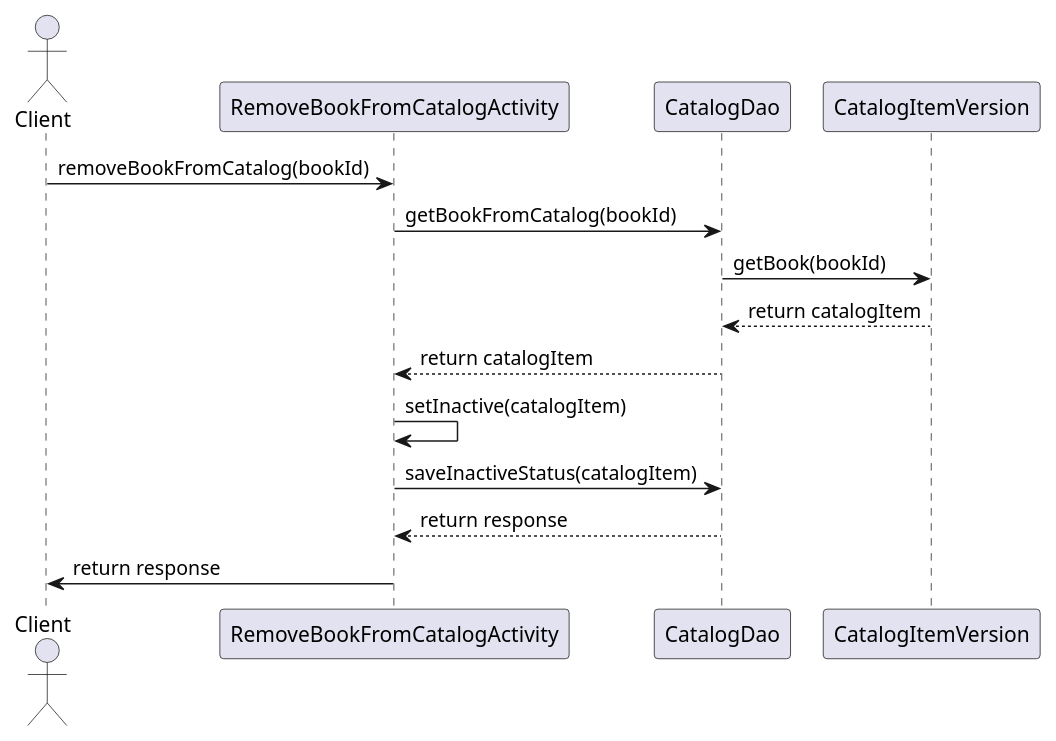
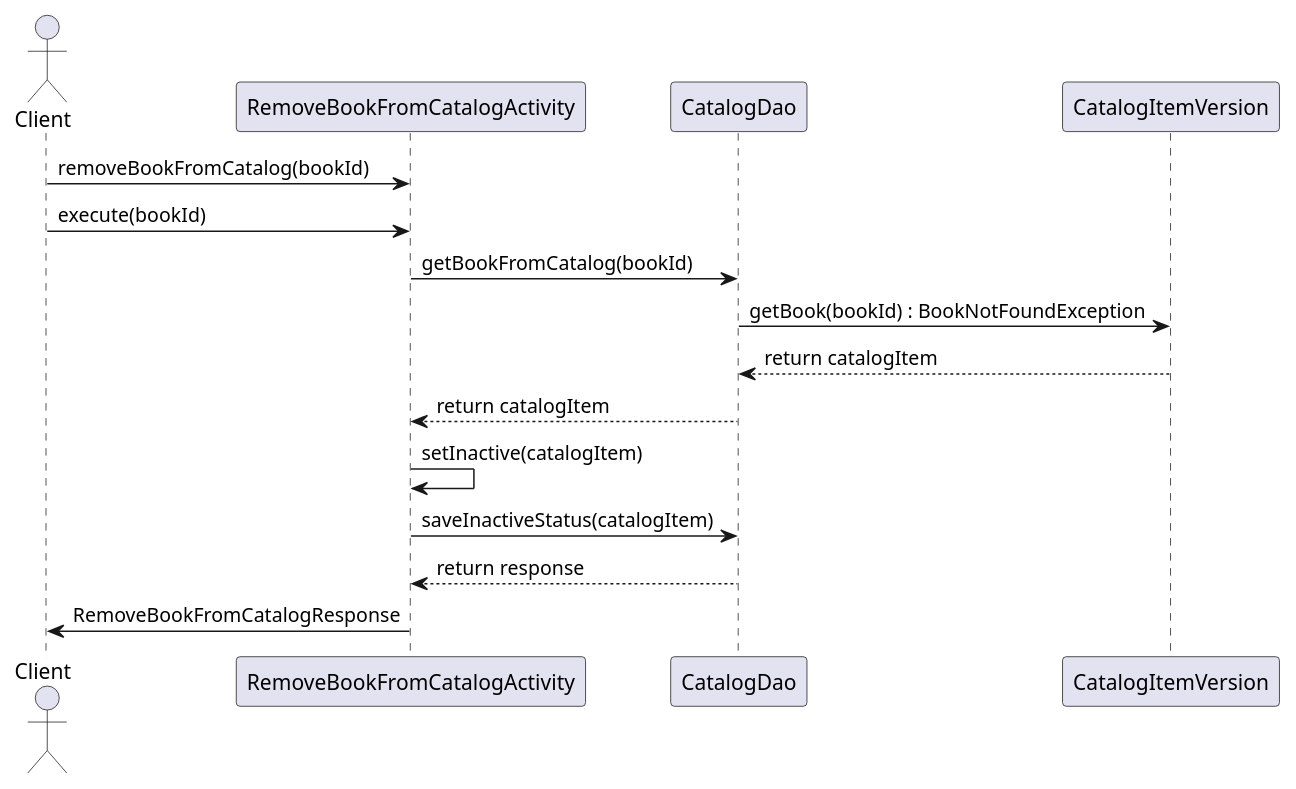
One commit to chmsly/KindlePublishingService changed the diagram in src/resources/mastery-task1-remove-book-SD.puml. Above: the diagram before and after it, drawn with PlantUML. The commit also changed 3 other files, not shown here.

```diff
--- a/src/resources/mastery-task1-remove-book-SD.puml
+++ b/src/resources/mastery-task1-remove-book-SD.puml
@@ -1,20 +1,20 @@
 @startuml
-
-
 actor Client
 participant RemoveBookFromCatalogActivity
 participant CatalogDao
 participant CatalogItemVersion
 
 
 Client -> RemoveBookFromCatalogActivity: removeBookFromCatalog(bookId)
+Client -> RemoveBookFromCatalogActivity: execute(bookId)
 RemoveBookFromCatalogActivity -> CatalogDao: getBookFromCatalog(bookId)
-CatalogDao -> CatalogItemVersion: getBook(bookId)
+CatalogDao -> CatalogItemVersion: getBook(bookId) : BookNotFoundException
+
 CatalogItemVersion --> CatalogDao: return catalogItem
 CatalogDao -->RemoveBookFromCatalogActivity: return catalogItem
 RemoveBookFromCatalogActivity -> RemoveBookFromCatalogActivity: setInactive(catalogItem)
 RemoveBookFromCatalogActivity ->CatalogDao: saveInactiveStatus(catalogItem)
 CatalogDao --> RemoveBookFromCatalogActivity: return response
-RemoveBookFromCatalogActivity -> Client: return response
+RemoveBookFromCatalogActivity -> Client: RemoveBookFromCatalogResponse
 
 @enduml
```
